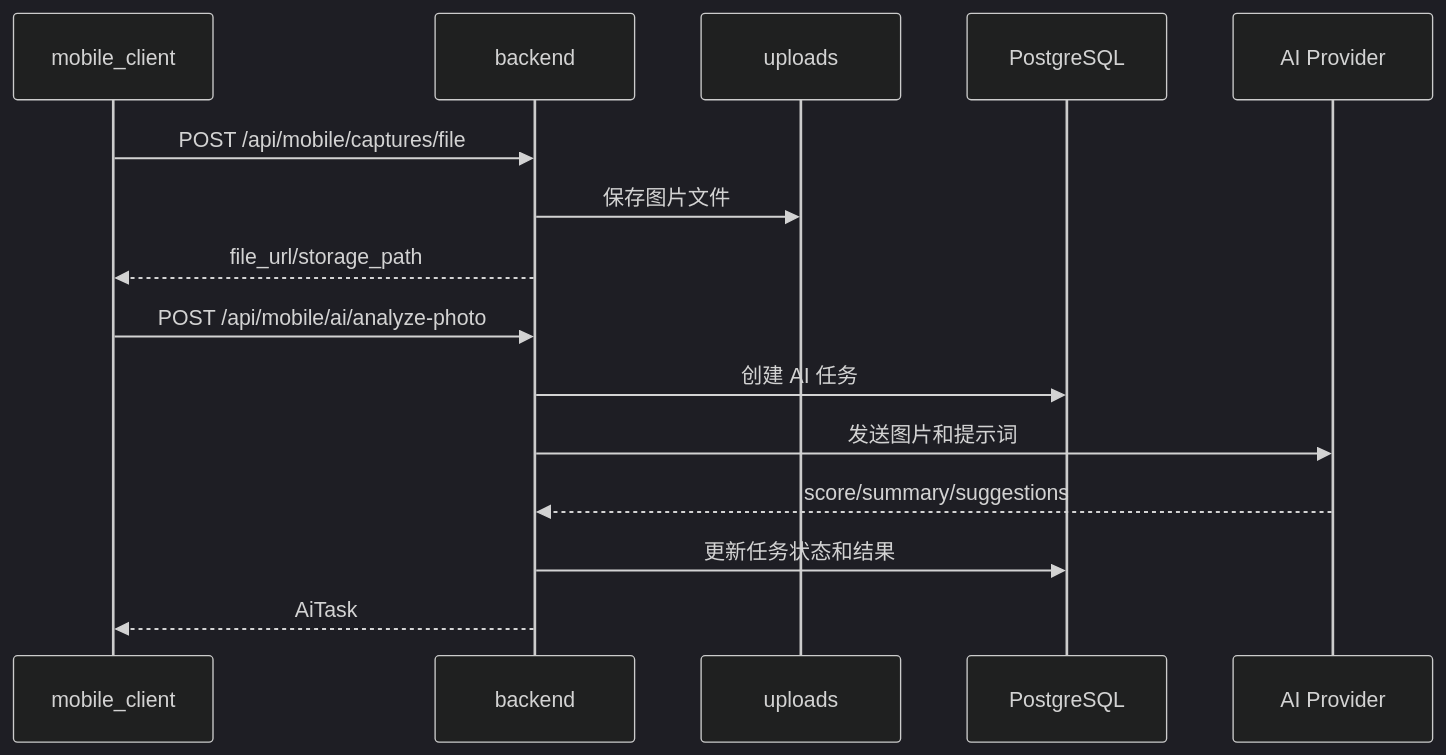
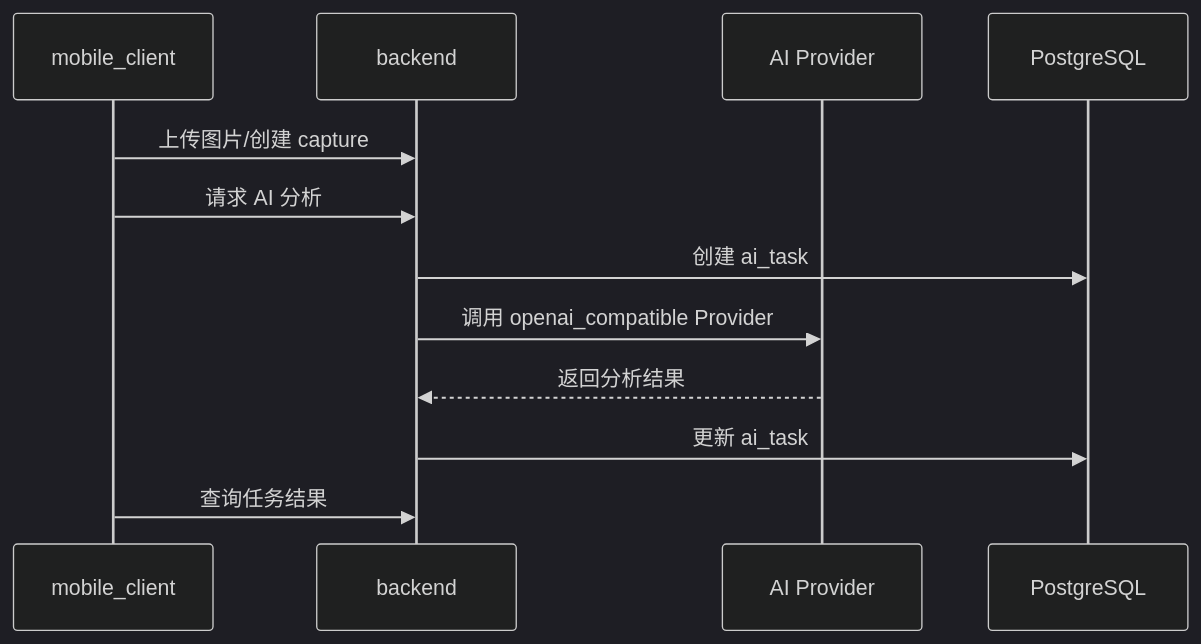
One commit to LiPeiCong60/Camera-Assistant-System changed the diagram in docs/AI照片分析链路说明.md. Above: the diagram before and after it, drawn with Mermaid (dark theme). The commit also changed other lines of this file and 13 other files, not shown here.

````diff
--- a/docs/AI照片分析链路说明.md
+++ b/docs/AI照片分析链路说明.md
@@ -25,18 +18,15 @@
 ```mermaid
 sequenceDiagram
-  participant M as mobile_client
-  participant B as backend
-  participant FS as uploads
+  participant App as mobile_client
+  participant Backend as backend
+  participant Provider as AI Provider
   participant DB as PostgreSQL
-  participant AI as AI Provider
 
-  M->>B: POST /api/mobile/captures/file
-  B->>FS: 保存图片文件
-  B-->>M: file_url/storage_path
-  M->>B: POST /api/mobile/ai/analyze-photo
-  B->>DB: 创建 AI 任务
-  B->>AI: 发送图片和提示词
-  AI-->>B: score/summary/suggestions
-  B->>DB: 更新任务状态和结果
-  B-->>M: AiTask
+  App->>Backend: 上传图片/创建 capture
+  App->>Backend: 请求 AI 分析
+  Backend->>DB: 创建 ai_task
+  Backend->>Provider: 调用 openai_compatible Provider
+  Provider-->>Backend: 返回分析结果
+  Backend->>DB: 更新 ai_task
+  App->>Backend: 查询任务结果
 ```
````
